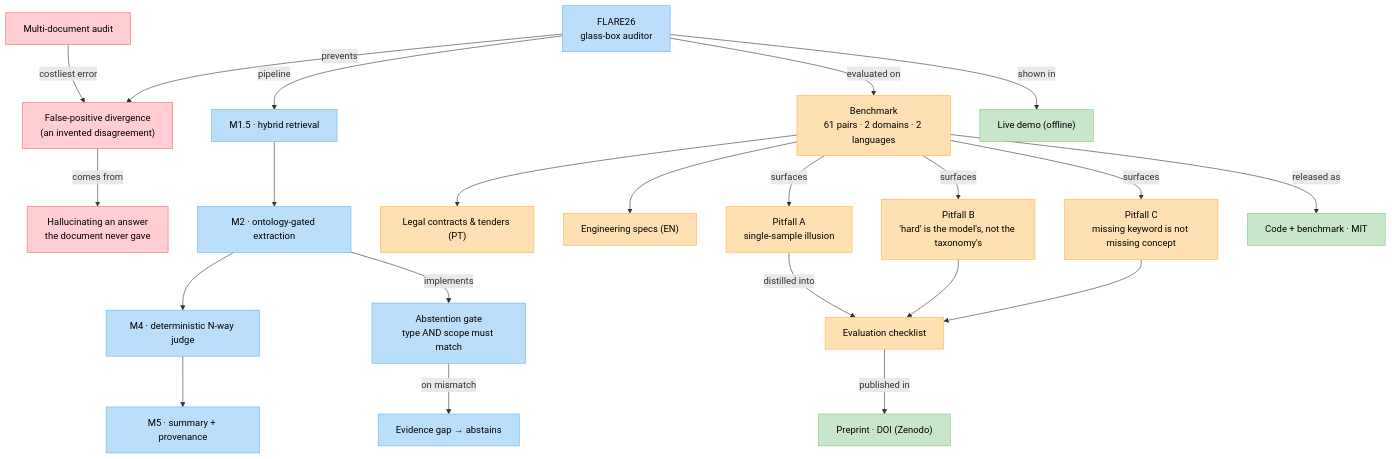
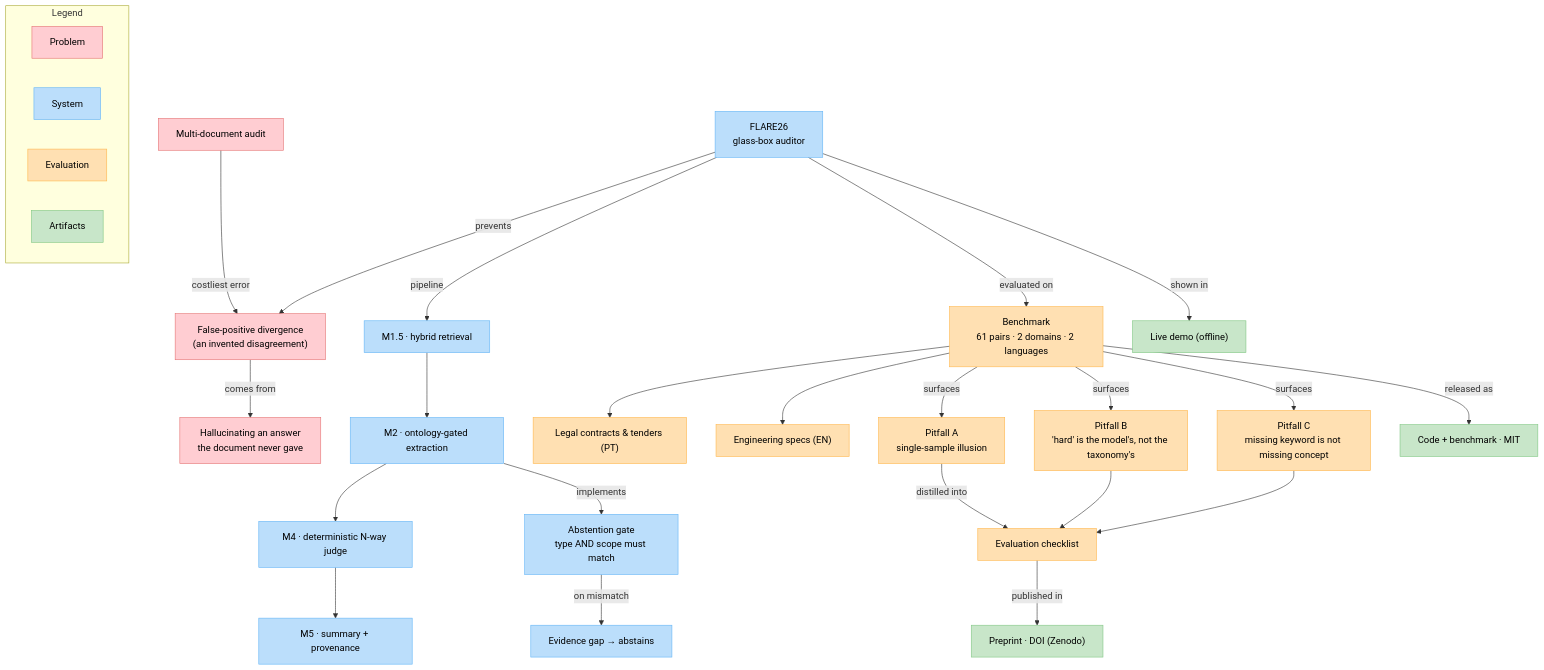
One commit to marcospaula/FLARE26-P1 changed the first of 3 diagrams in README.md. Above: the diagram before and after it, drawn with Mermaid. The commit also changed other lines of this file, not shown here.

Commit message:
docs(readme): legenda DENTRO do grafo (cores idênticas aos nós)
Os emojis 🟥🟦🟧🟩 do markdown têm cor fixa/viva e nunca casariam com os fills
pastel dos nós. Solução: caixa 'Legend' como 4 nós no próprio grafo, usando as
MESMAS classes — swatch = exatamente a cor do nó. Removida a linha de emojis.

````diff
--- a/README.md
+++ b/README.md
@@ -30,36 +30,44 @@
 ```mermaid
 graph TD
     AUD["Multi-document audit"] -->|costliest error| FPD["False-positive divergence<br/>(an invented disagreement)"]
     FPD -->|comes from| HALL["Hallucinating an answer<br/>the document never gave"]
 
     SYS["FLARE26<br/>glass-box auditor"] -->|prevents| FPD
     SYS -->|pipeline| M15["M1.5 · hybrid retrieval"]
     M15 --> M2["M2 · ontology-gated extraction"]
     M2 --> M4["M4 · deterministic N-way judge"]
     M4 --> M5["M5 · summary + provenance"]
     M2 -->|implements| GATE["Abstention gate<br/>type AND scope must match"]
     GATE -->|on mismatch| GAP["Evidence gap → abstains"]
 
     SYS -->|evaluated on| BENCH["Benchmark<br/>61 pairs · 2 domains · 2 languages"]
     BENCH --> LEGAL["Legal contracts &amp; tenders (PT)"]
     BENCH --> ENG["Engineering specs (EN)"]
     BENCH -->|surfaces| PA["Pitfall A<br/>single-sample illusion"]
     BENCH -->|surfaces| PB["Pitfall B<br/>'hard' is the model's, not the taxonomy's"]
     BENCH -->|surfaces| PC["Pitfall C<br/>missing keyword is not missing concept"]
     PA -->|distilled into| CHK["Evaluation checklist"]
     PB --> CHK
     PC --> CHK
 
     CHK -->|published in| PAPER["Preprint · DOI (Zenodo)"]
     BENCH -->|released as| CODE["Code + benchmark · MIT"]
     SYS -->|shown in| DEMO["Live demo (offline)"]
 
+    subgraph LEGEND["Legend"]
+        direction LR
+        L1["Problem"]:::problem
+        L2["System"]:::system
+        L3["Evaluation"]:::eval
+        L4["Artifacts"]:::artifact
+    end
+
     classDef problem fill:#ffcdd2,stroke:#e57373,color:#000;
     classDef system fill:#bbdefb,stroke:#64b5f6,color:#000;
     classDef eval fill:#ffe0b2,stroke:#ffb74d,color:#000;
     classDef artifact fill:#c8e6c9,stroke:#81c784,color:#000;
     class AUD,FPD,HALL problem;
     class SYS,M15,M2,M4,M5,GATE,GAP system;
     class BENCH,LEGAL,ENG,PA,PB,PC,CHK eval;
     class PAPER,CODE,DEMO artifact;
 ```
````
